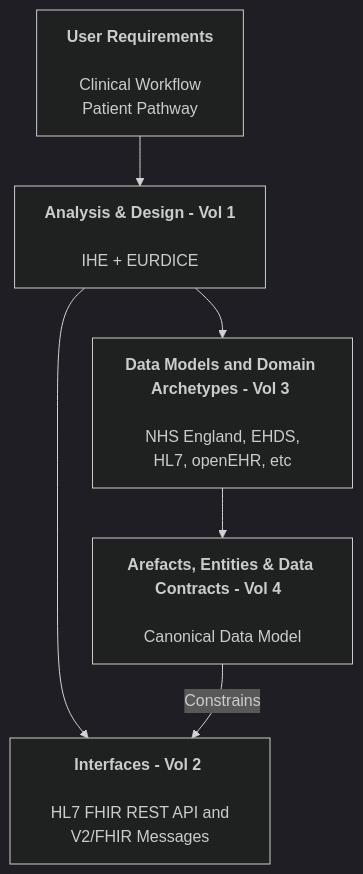
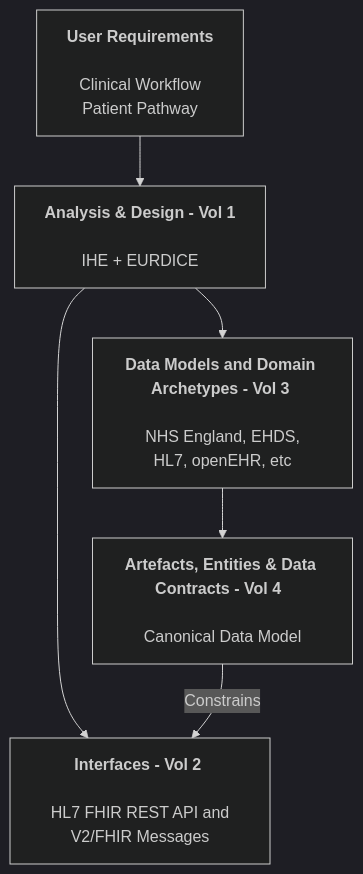
The diagram in input/pagecontent/index.md (nw-gmsa/nw-gmsa.github.com), drawn with Mermaid (dark theme) before and after one commit.

Commit message:
iGene Work Item Management

````diff
--- a/input/pagecontent/index.md
+++ b/input/pagecontent/index.md
@@ -39,15 +39,15 @@
 ```mermaid
 graph TD 
 
 User[<b>User Requirements</b> <br/><br/> Clinical Workflow<br/>Patient Pathway]
 IHE[<b>Analysis & Design - Vol 1</b> <br/><br/>IHE + EURDICE]
 HL7[<b>Interfaces - Vol 2</b> <br/><br/> HL7 FHIR REST API and V2/FHIR Messages]
 Data[<b>Data Models and Domain Archetypes - Vol 3</b> <br/><br/> NHS England, EHDS, HL7, openEHR, etc]
-Arefacts[<b>Arefacts, Entities & Data Contracts - Vol 4</b>  <br/><br/>Canonical Data Model] 
+Artefacts[<b>Artefacts, Entities & Data Contracts - Vol 4</b>  <br/><br/>Canonical Data Model] 
 
 User --> IHE
 IHE --> HL7
 IHE --> Data
-Data --> Arefacts
-Arefacts --> |Constrains| HL7
+Data --> Artefacts
+Artefacts --> |Constrains| HL7
 ```
````
